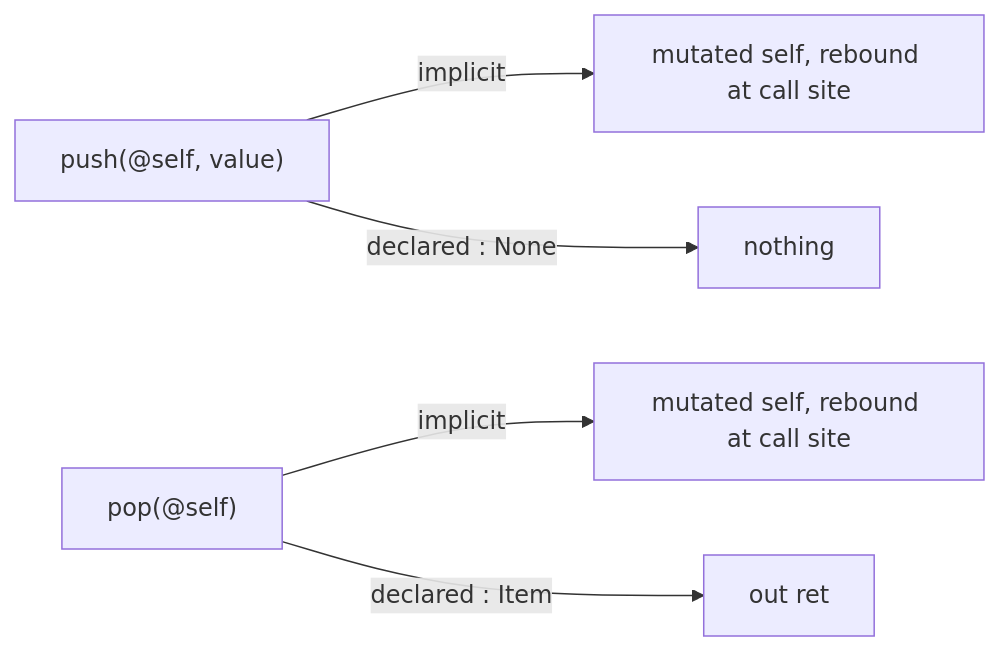
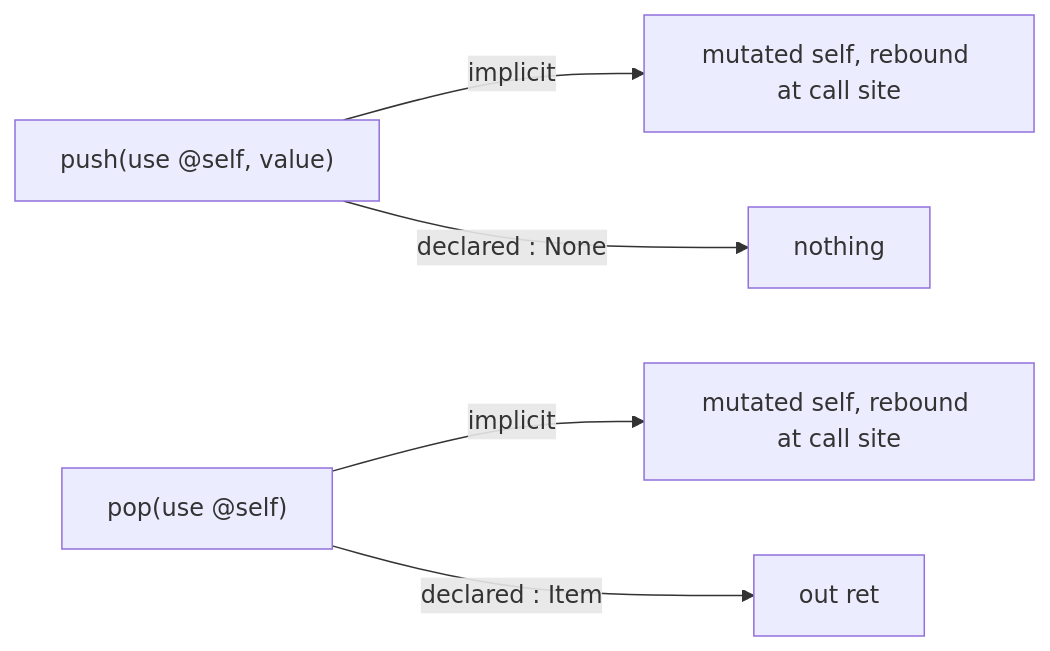
Before and after one commit to LMauricius/oura-examples: the diagram in README.md, drawn with Mermaid. The commit also changed other lines of this file and 7 other files, not shown here.

````diff
--- a/README.md
+++ b/README.md
@@ -214,7 +263,7 @@
 ```mermaid
 flowchart LR
-    A["push(@self, value)"] -->|"implicit"| B["mutated self, rebound at call site"]
+    A["push(use @self, value)"] -->|"implicit"| B["mutated self, rebound at call site"]
     A -->|"declared : None"| C["nothing"]
-    D["pop(@self)"] -->|"implicit"| E["mutated self, rebound at call site"]
+    D["pop(use @self)"] -->|"implicit"| E["mutated self, rebound at call site"]
     D -->|"declared : Item"| F["out ret"]
 ```
````
